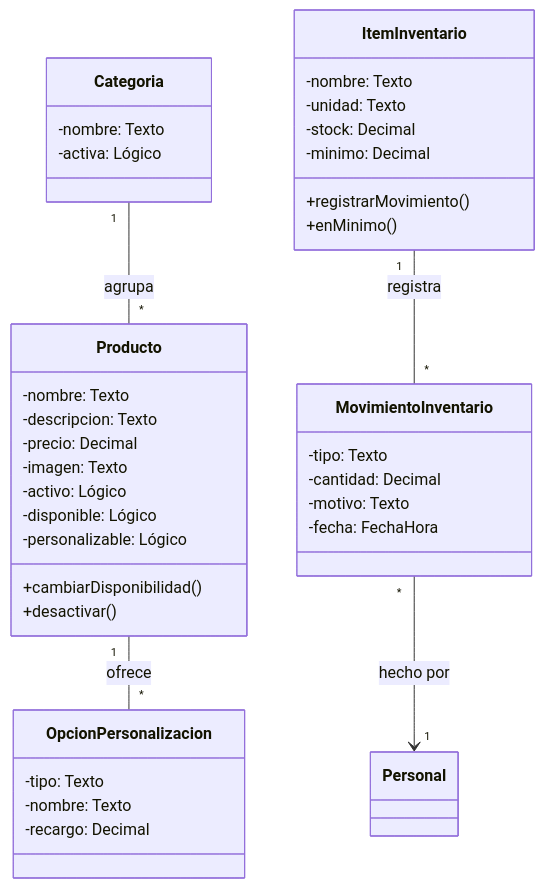
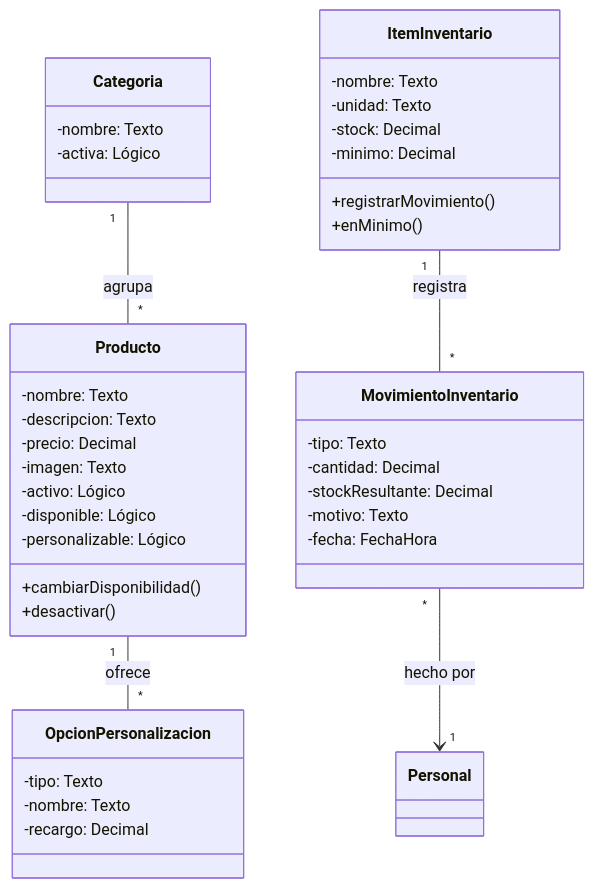
Before and after one commit to Anton10-AR/DulcesAromas: the fifth of 10 diagrams in docs/04-modelos-uml.md, drawn with Mermaid. The commit also changed other lines of this file and 3 other files, not shown here.

````diff
--- a/docs/04-modelos-uml.md
+++ b/docs/04-modelos-uml.md
@@ -189,42 +202,43 @@
 ```mermaid
 classDiagram
   class Categoria {
     -nombre: Texto
     -activa: Lógico
   }
   class Producto {
     -nombre: Texto
     -descripcion: Texto
     -precio: Decimal
     -imagen: Texto
     -activo: Lógico
     -disponible: Lógico
     -personalizable: Lógico
     +cambiarDisponibilidad()
     +desactivar()
   }
   class OpcionPersonalizacion {
     -tipo: Texto
     -nombre: Texto
     -recargo: Decimal
   }
   class ItemInventario {
     -nombre: Texto
     -unidad: Texto
     -stock: Decimal
     -minimo: Decimal
     +registrarMovimiento()
     +enMinimo()
   }
   class MovimientoInventario {
     -tipo: Texto
     -cantidad: Decimal
+    -stockResultante: Decimal
     -motivo: Texto
     -fecha: FechaHora
   }
   class Personal
   Categoria "1" -- "*" Producto : agrupa
   Producto "1" -- "*" OpcionPersonalizacion : ofrece
   ItemInventario "1" -- "*" MovimientoInventario : registra
   MovimientoInventario "*" --> "1" Personal : hecho por
 ```
````
